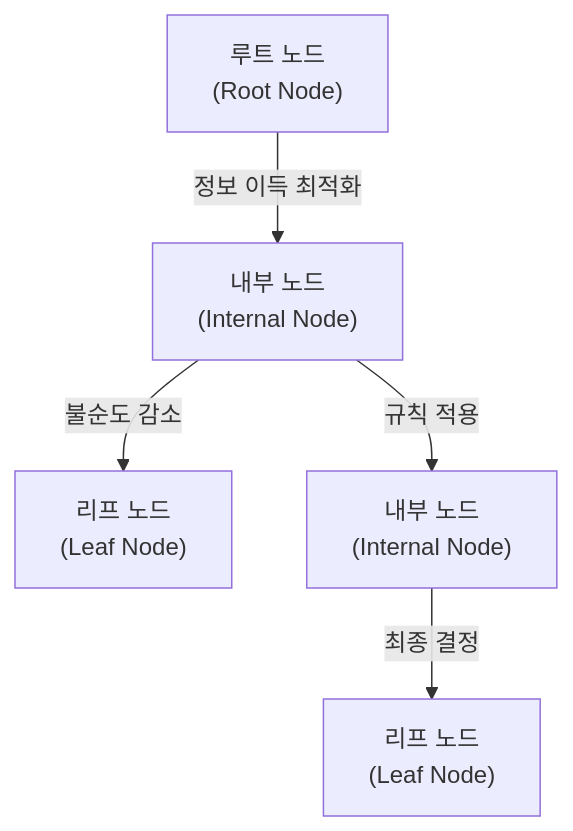
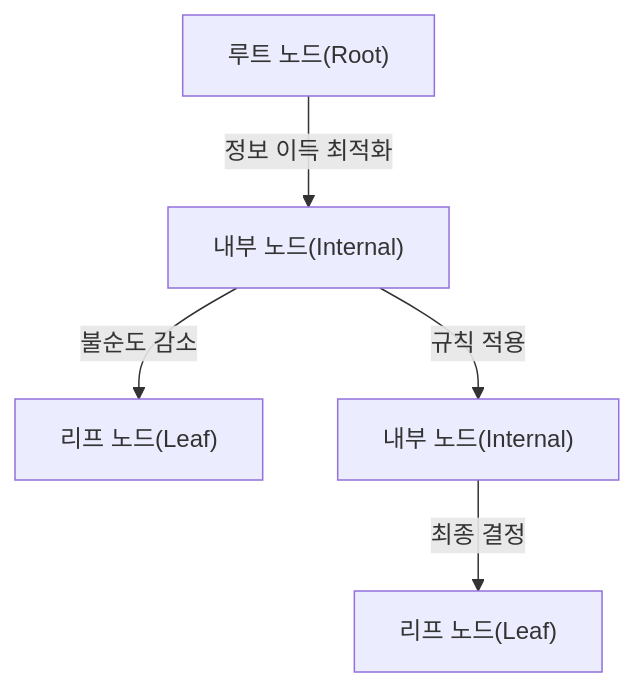
One commit to jeonck/ai-eng changed the second of 2 diagrams in docs/infrastructure/models/decision-tree.md. Above: the diagram before and after it, drawn with Mermaid. The commit also changed other lines of this file and 15 other files, not shown here.

````diff
--- a/docs/infrastructure/models/decision-tree.md
+++ b/docs/infrastructure/models/decision-tree.md
@@ -29,7 +29,7 @@
 ```mermaid
 graph TD
-    A2["루트 노드<br/>(Root Node)"] -- "정보 이득 최적화" --> B2["내부 노드<br/>(Internal Node)"]
-    B2 -- "불순도 감소" --> C2["리프 노드<br/>(Leaf Node)"]
-    B2 -- "규칙 적용" --> D2["내부 노드<br/>(Internal Node)"]
-    D2 -- "최종 결정" --> E2["리프 노드<br/>(Leaf Node)"]
+    A2["루트 노드(Root)"] -- "정보 이득 최적화" --> B2["내부 노드(Internal)"]
+    B2 -- "불순도 감소" --> C2["리프 노드(Leaf)"]
+    B2 -- "규칙 적용" --> D2["내부 노드(Internal)"]
+    D2 -- "최종 결정" --> E2["리프 노드(Leaf)"]
 ```
````
